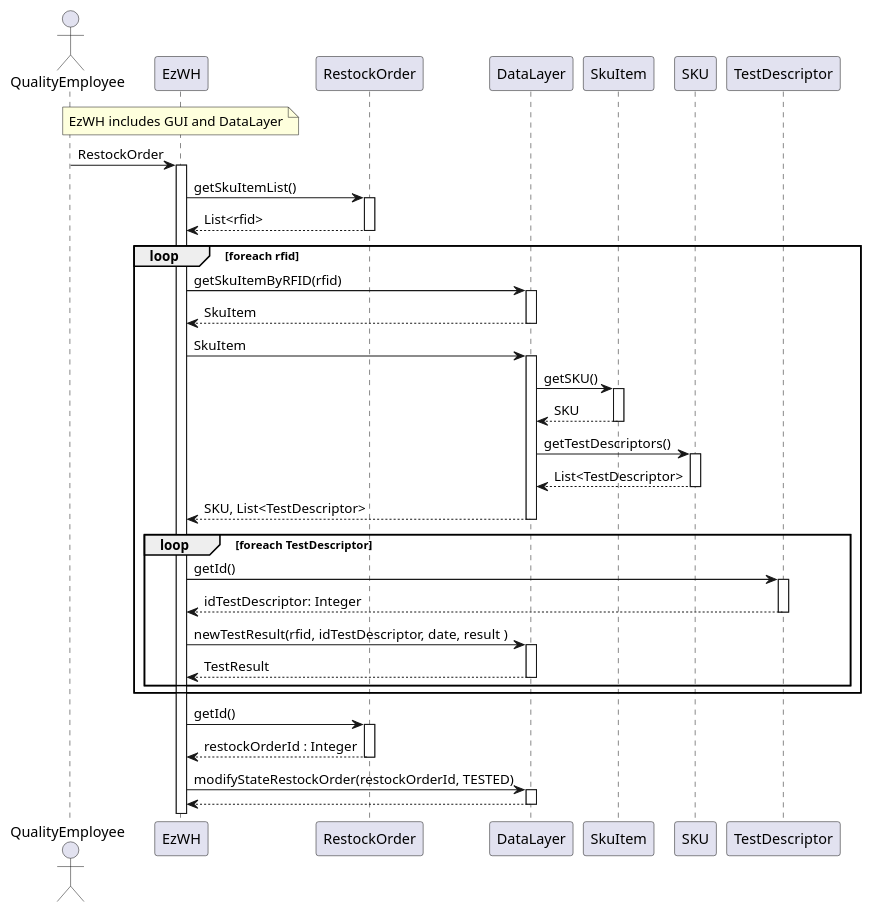
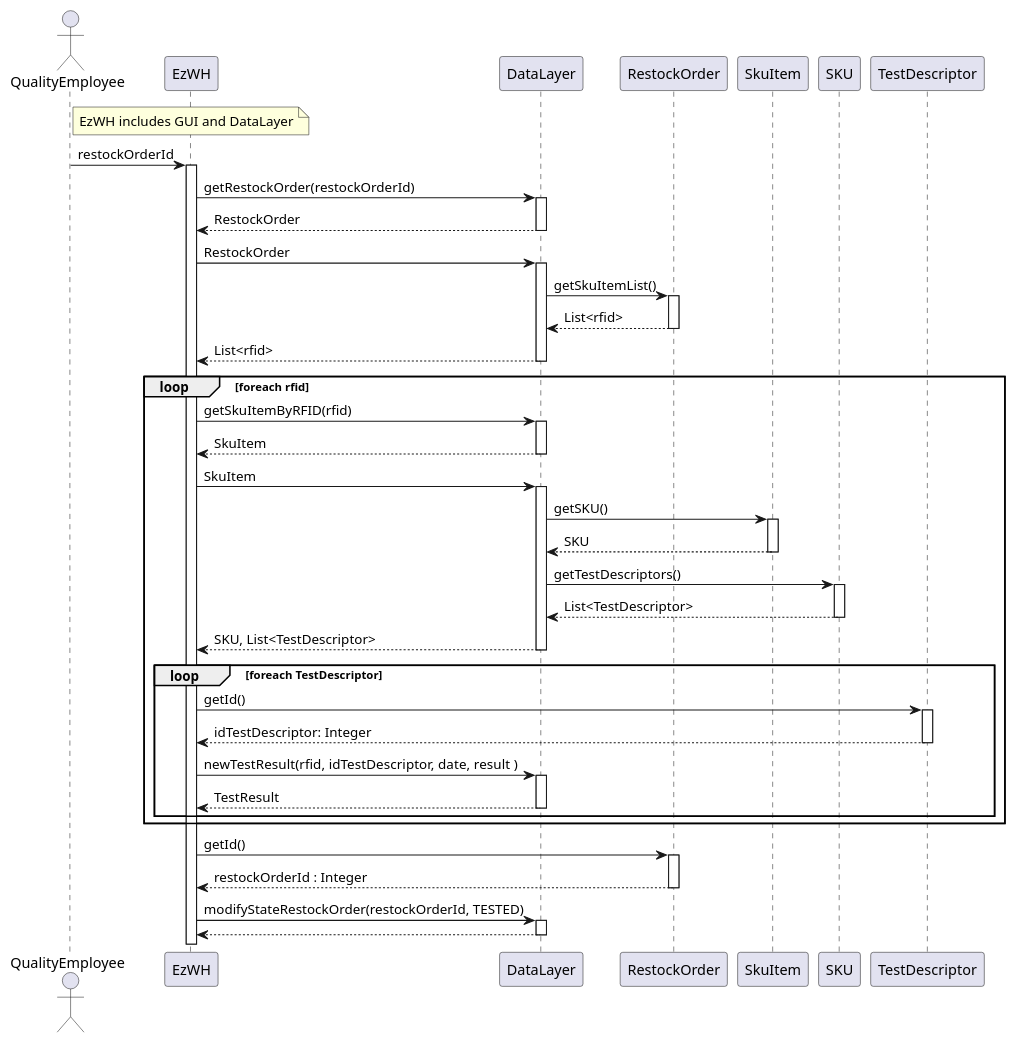
The fifth of 8 diagrams in DesignDocument.md (LucaFilippetti99/EzWh---Software-engineering-project), drawn with PlantUML before and after one commit. The commit also changed other lines of this file, not shown here.

Commit message:
Several fixes to classes and 6-1 scenario sequence diagram

````diff
--- a/DesignDocument.md
+++ b/DesignDocument.md
@@ -548,53 +546,62 @@
 ```plantuml
 
 actor QualityEmployee
 note over EzWH : EzWH includes GUI and DataLayer
-QualityEmployee -> EzWH : RestockOrder
+QualityEmployee -> EzWH : restockOrderId
 activate EzWH
 
-EzWH -> RestockOrder : getSkuItemList()
+EzWH -> DataLayer : getRestockOrder(restockOrderId)
+activate DataLayer
+return RestockOrder
+
+EzWH -> DataLayer : RestockOrder
+activate DataLayer
+
+DataLayer -> RestockOrder : getSkuItemList()
 activate RestockOrder
+return List<rfid>
+
 return List<rfid>
 
 loop foreach rfid
 
 EzWH -> DataLayer : getSkuItemByRFID(rfid)
 activate DataLayer
 return SkuItem
 
 EzWH -> DataLayer : SkuItem
 activate DataLayer
 
 DataLayer -> SkuItem : getSKU()
 activate SkuItem
 return SKU
 
 DataLayer -> SKU : getTestDescriptors()
 activate SKU
 return List<TestDescriptor>
 
 return SKU, List<TestDescriptor>
 
 loop foreach TestDescriptor
 
 EzWH -> TestDescriptor : getId()
 activate TestDescriptor
 return idTestDescriptor: Integer
 
 
 EzWH -> DataLayer : newTestResult(rfid, idTestDescriptor, date, result )
 activate DataLayer
 return TestResult
 
 end
 
 end
 
 EzWH -> RestockOrder : getId()
 activate RestockOrder
 return restockOrderId : Integer
 
 EzWH -> DataLayer : modifyStateRestockOrder(restockOrderId, TESTED)
 activate DataLayer
-return 
+return
 ```
````
